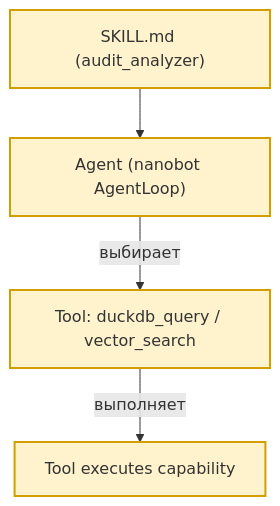
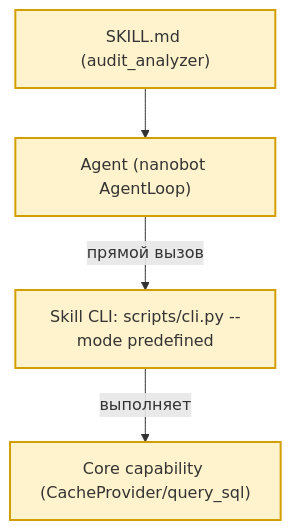
Before and after one commit to AlexEgorov85/workspaces_nanobot: the second of 13 diagrams in docs/TARGET_ARCHITECTURE.md, drawn with Mermaid. The commit also changed other lines of this file and 8 other files, not shown here.

````diff
--- a/docs/TARGET_ARCHITECTURE.md
+++ b/docs/TARGET_ARCHITECTURE.md
@@ -243,8 +254,8 @@
 ```mermaid
 flowchart TD
     SK["SKILL.md (audit_analyzer)"] --> AG["Agent (nanobot AgentLoop)"]
-    AG -->|выбирает| TL["Tool: duckdb_query / vector_search"]
-    TL -->|выполняет| EX["Tool executes capability"]
+    AG -->|прямой вызов| EX["Skill CLI: scripts/cli.py --mode predefined"]
+    EX -->|выполняет| CAP["Core capability (CacheProvider/query_sql)"]
     classDef core fill:#fff3cd,stroke:#d39e00,stroke-width:2px
-    class SK,AG,TL,EX core
+    class SK,AG,EX,CAP core
 ```
````
